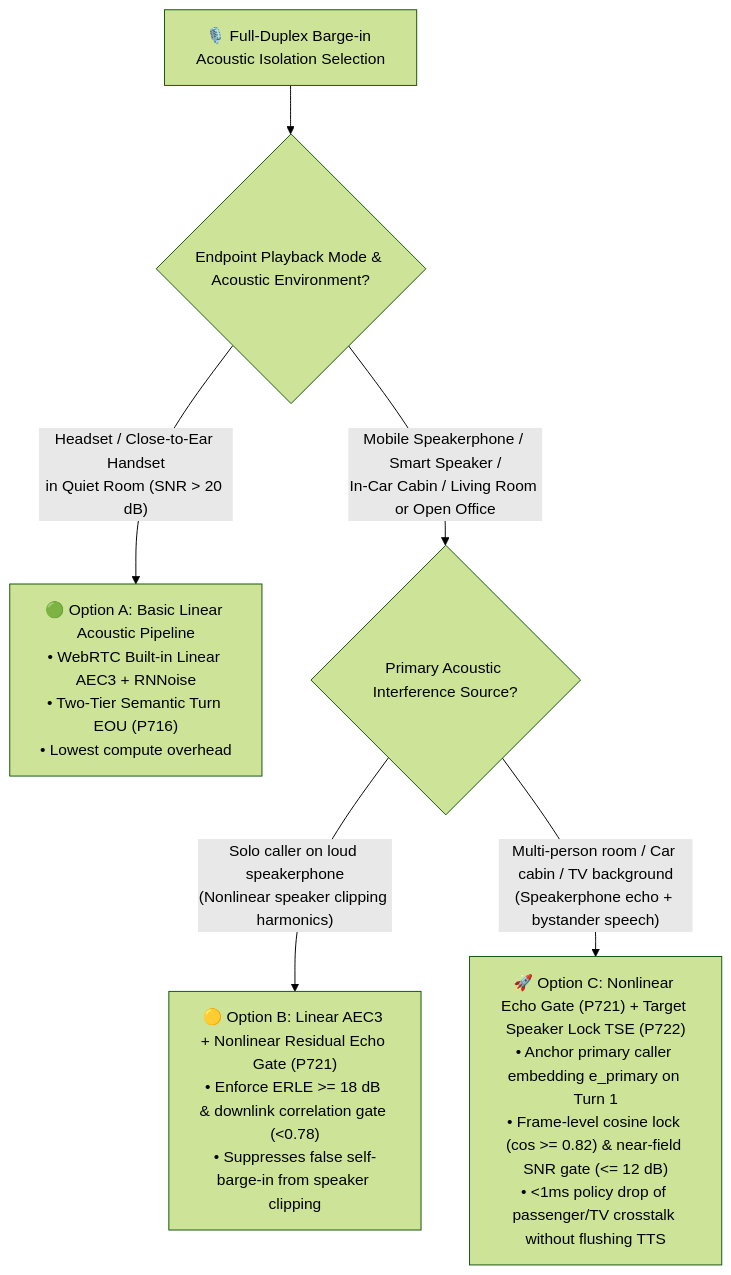
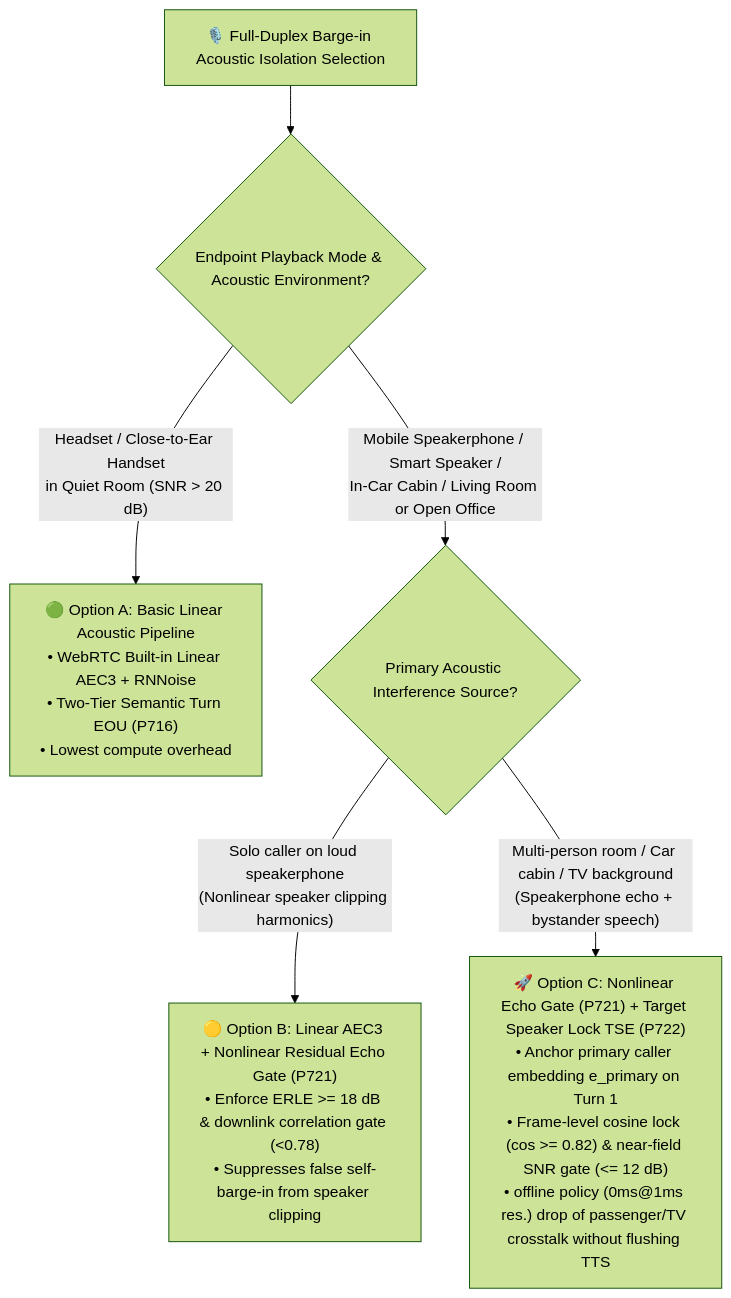
The first of 3 diagrams in voice/barge-in-echo-crosstalk-faq.en.md (turbo998/turbo998.github.io), drawn with Mermaid (forest theme) before and after one commit. The commit also changed other lines of this file and 43 other files, not shown here.

````diff
--- a/voice/barge-in-echo-crosstalk-faq.en.md
+++ b/voice/barge-in-echo-crosstalk-faq.en.md
@@ -61,10 +61,10 @@
 ```mermaid
 flowchart TD
     Start["🎙️ Full-Duplex Barge-in Acoustic Isolation Selection"] --> Q1{"Endpoint Playback Mode & Acoustic Environment?"}
 
     Q1 -- "Headset / Close-to-Ear Handset\nin Quiet Room (SNR > 20 dB)" --> BasicAEC["🟢 Option A: Basic Linear Acoustic Pipeline\n• WebRTC Built-in Linear AEC3 + RNNoise\n• Two-Tier Semantic Turn EOU (P716)\n• Lowest compute overhead"]
     Q1 -- "Mobile Speakerphone / Smart Speaker /\nIn-Car Cabin / Living Room or Open Office" --> Q2{"Primary Acoustic Interference Source?"}
 
     Q2 -- "Solo caller on loud speakerphone\n(Nonlinear speaker clipping harmonics)" --> NonlinearGate["🟡 Option B: Linear AEC3 + Nonlinear Residual Echo Gate (P721)\n• Enforce ERLE >= 18 dB & downlink correlation gate (<0.78)\n• Suppresses false self-barge-in from speaker clipping"]
-    Q2 -- "Multi-person room / Car cabin / TV background\n(Speakerphone echo + bystander speech)" --> FullTSE["🚀 Option C: Nonlinear Echo Gate (P721) + Target Speaker Lock TSE (P722)\n• Anchor primary caller embedding e_primary on Turn 1\n• Frame-level cosine lock (cos >= 0.82) & near-field SNR gate (<= 12 dB)\n• <1ms policy drop of passenger/TV crosstalk without flushing TTS"]
+    Q2 -- "Multi-person room / Car cabin / TV background\n(Speakerphone echo + bystander speech)" --> FullTSE["🚀 Option C: Nonlinear Echo Gate (P721) + Target Speaker Lock TSE (P722)\n• Anchor primary caller embedding e_primary on Turn 1\n• Frame-level cosine lock (cos >= 0.82) & near-field SNR gate (<= 12 dB)\n• offline policy (0ms@1ms res.) drop of passenger/TV crosstalk without flushing TTS"]
 ```
````
